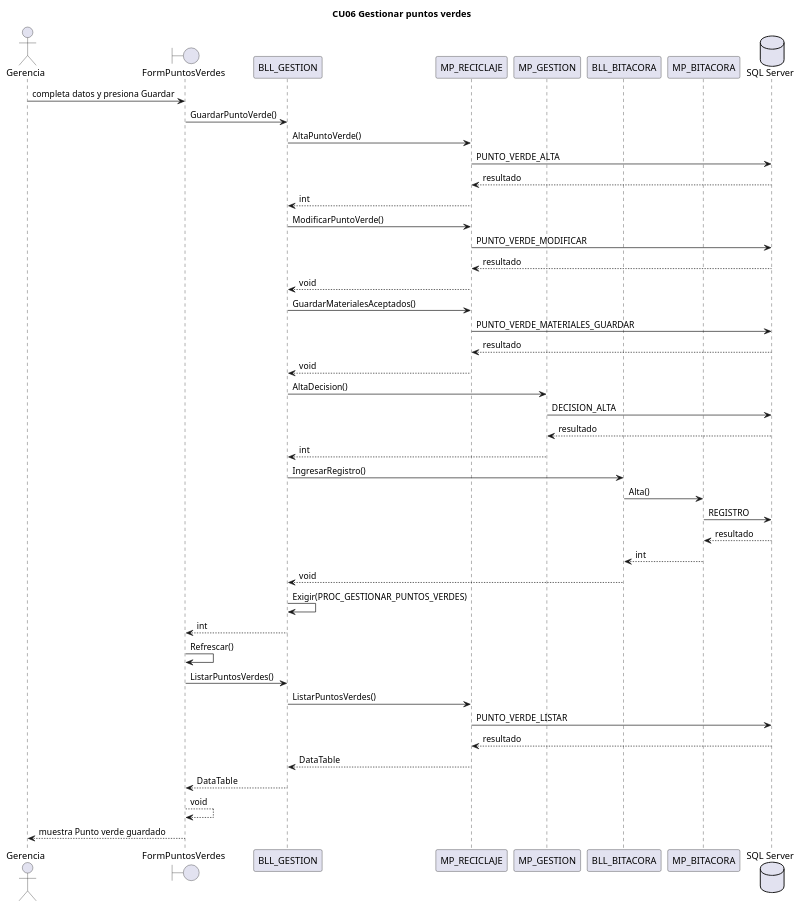
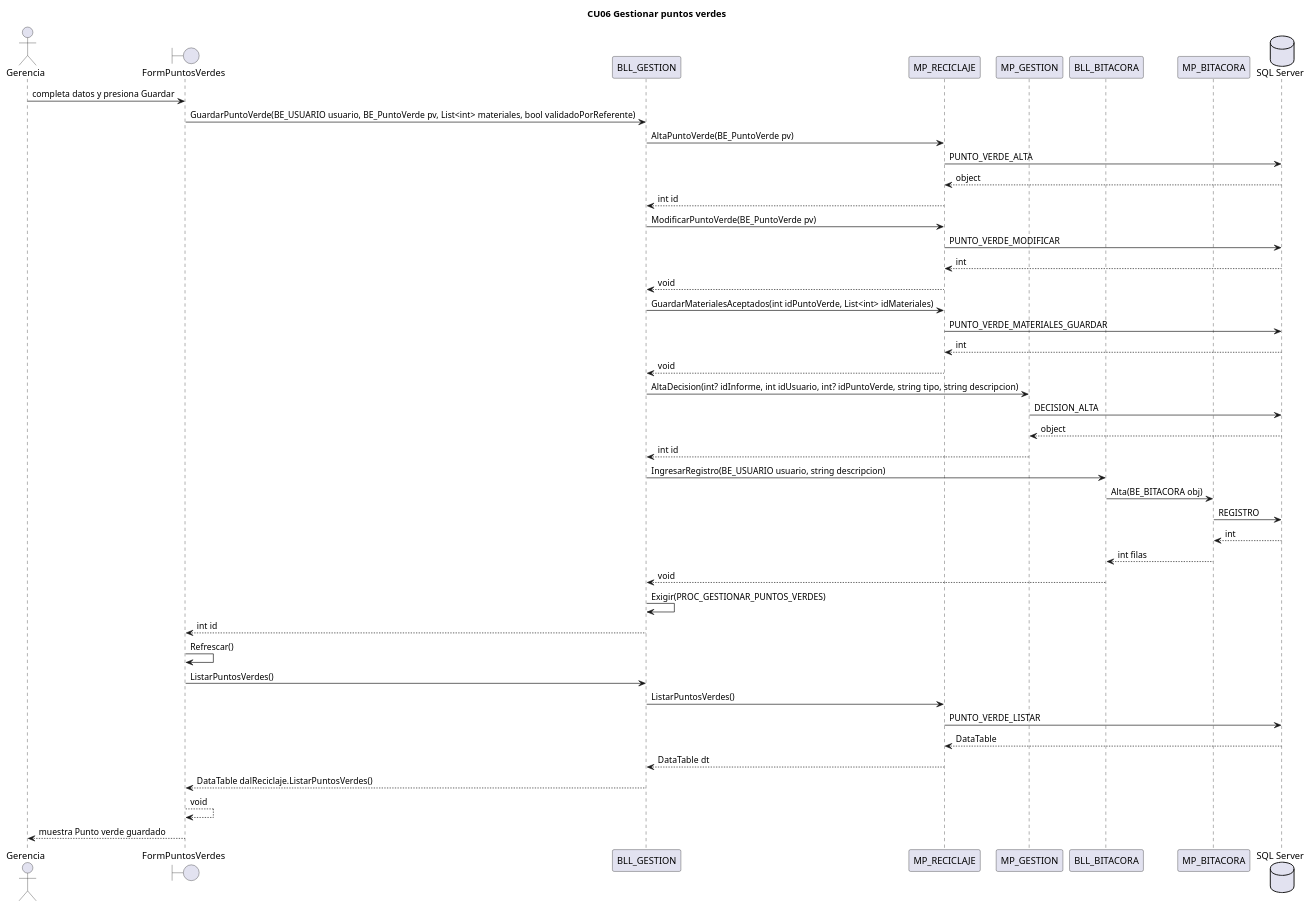
One commit to L-Muniz/uai-diploma_2026 changed the diagram in docs/diagramas/secuencias/CU06.puml. Above: the diagram before and after it, drawn with PlantUML. The commit also changed 59 other files, not shown here.

Commit message:
Docs: firmas y retornos de las secuencias tomados del código; diagramas de casos de uso en el documento

```diff
--- a/docs/diagramas/secuencias/CU06.puml
+++ b/docs/diagramas/secuencias/CU06.puml
@@ -1,46 +1,46 @@
 @startuml CU06
 title CU06 Gestionar puntos verdes
 actor "Gerencia" as ACT
 boundary FormPuntosVerdes
 participant BLL_GESTION
 participant MP_RECICLAJE
 participant MP_GESTION
 participant BLL_BITACORA
 participant MP_BITACORA
 database "SQL Server" as BD
 ACT -> FormPuntosVerdes : completa datos y presiona Guardar
-FormPuntosVerdes -> BLL_GESTION : GuardarPuntoVerde()
-BLL_GESTION -> MP_RECICLAJE : AltaPuntoVerde()
+FormPuntosVerdes -> BLL_GESTION : GuardarPuntoVerde(BE_USUARIO usuario, BE_PuntoVerde pv, List<int> materiales, bool validadoPorReferente)
+BLL_GESTION -> MP_RECICLAJE : AltaPuntoVerde(BE_PuntoVerde pv)
 MP_RECICLAJE -> BD : PUNTO_VERDE_ALTA
-BD --> MP_RECICLAJE : resultado
-MP_RECICLAJE --> BLL_GESTION : int
-BLL_GESTION -> MP_RECICLAJE : ModificarPuntoVerde()
+BD --> MP_RECICLAJE : object
+MP_RECICLAJE --> BLL_GESTION : int id
+BLL_GESTION -> MP_RECICLAJE : ModificarPuntoVerde(BE_PuntoVerde pv)
 MP_RECICLAJE -> BD : PUNTO_VERDE_MODIFICAR
-BD --> MP_RECICLAJE : resultado
+BD --> MP_RECICLAJE : int
 MP_RECICLAJE --> BLL_GESTION : void
-BLL_GESTION -> MP_RECICLAJE : GuardarMaterialesAceptados()
+BLL_GESTION -> MP_RECICLAJE : GuardarMaterialesAceptados(int idPuntoVerde, List<int> idMateriales)
 MP_RECICLAJE -> BD : PUNTO_VERDE_MATERIALES_GUARDAR
-BD --> MP_RECICLAJE : resultado
+BD --> MP_RECICLAJE : int
 MP_RECICLAJE --> BLL_GESTION : void
-BLL_GESTION -> MP_GESTION : AltaDecision()
+BLL_GESTION -> MP_GESTION : AltaDecision(int? idInforme, int idUsuario, int? idPuntoVerde, string tipo, string descripcion)
 MP_GESTION -> BD : DECISION_ALTA
-BD --> MP_GESTION : resultado
-MP_GESTION --> BLL_GESTION : int
-BLL_GESTION -> BLL_BITACORA : IngresarRegistro()
-BLL_BITACORA -> MP_BITACORA : Alta()
+BD --> MP_GESTION : object
+MP_GESTION --> BLL_GESTION : int id
+BLL_GESTION -> BLL_BITACORA : IngresarRegistro(BE_USUARIO usuario, string descripcion)
+BLL_BITACORA -> MP_BITACORA : Alta(BE_BITACORA obj)
 MP_BITACORA -> BD : REGISTRO
-BD --> MP_BITACORA : resultado
-MP_BITACORA --> BLL_BITACORA : int
+BD --> MP_BITACORA : int
+MP_BITACORA --> BLL_BITACORA : int filas
 BLL_BITACORA --> BLL_GESTION : void
 BLL_GESTION -> BLL_GESTION : Exigir(PROC_GESTIONAR_PUNTOS_VERDES)
-BLL_GESTION --> FormPuntosVerdes : int
+BLL_GESTION --> FormPuntosVerdes : int id
 FormPuntosVerdes -> FormPuntosVerdes : Refrescar()
 FormPuntosVerdes -> BLL_GESTION : ListarPuntosVerdes()
 BLL_GESTION -> MP_RECICLAJE : ListarPuntosVerdes()
 MP_RECICLAJE -> BD : PUNTO_VERDE_LISTAR
-BD --> MP_RECICLAJE : resultado
-MP_RECICLAJE --> BLL_GESTION : DataTable
-BLL_GESTION --> FormPuntosVerdes : DataTable
+BD --> MP_RECICLAJE : DataTable
+MP_RECICLAJE --> BLL_GESTION : DataTable dt
+BLL_GESTION --> FormPuntosVerdes : DataTable dalReciclaje.ListarPuntosVerdes()
 FormPuntosVerdes --> FormPuntosVerdes : void
 FormPuntosVerdes --> ACT : muestra Punto verde guardado
 @enduml
```
